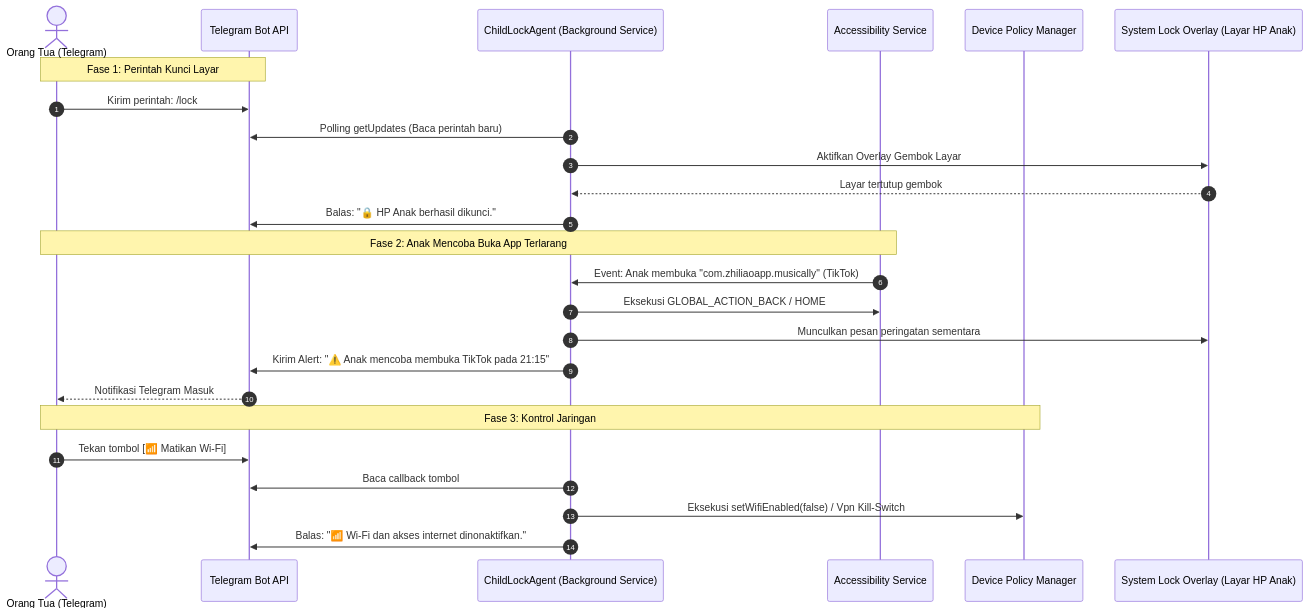
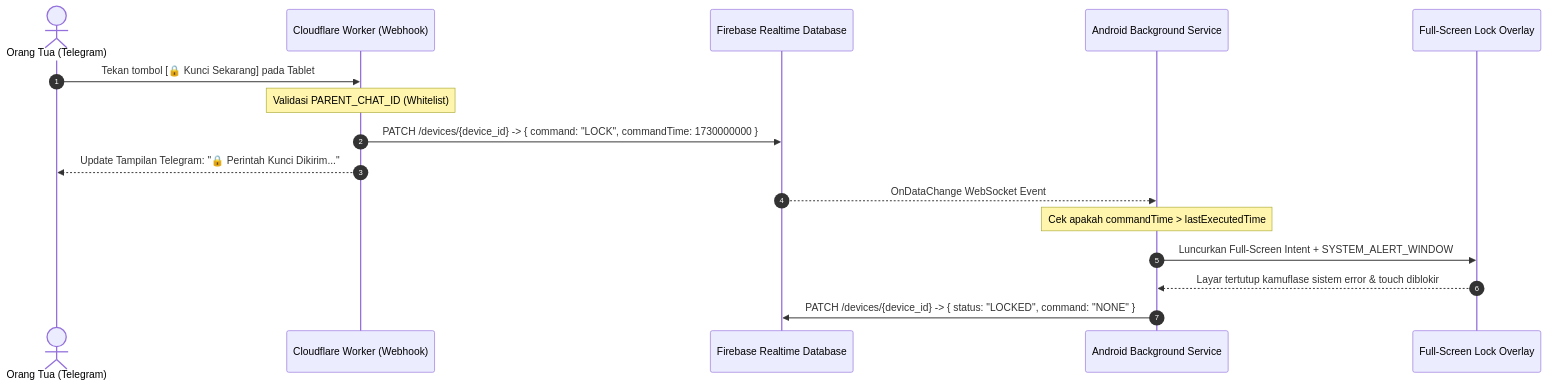
The second of 2 diagrams in doc/Business_Requirements_Document.md (goonerzdevops/DwisnuLabsParental), drawn with Mermaid before and after one commit. The commit also changed other lines of this file and 6 other files, not shown here.

Commit message:
fix: enforce TYPE_ACCESSIBILITY_OVERLAY, suppress PiP mini-screen, and bypass Android 14 BAL on Redmi Pad SE

````diff
--- a/doc/Business_Requirements_Document.md
+++ b/doc/Business_Requirements_Document.md
@@ -84,30 +69,20 @@
 ```mermaid
 sequenceDiagram
     autonumber
     actor Parent as Orang Tua (Telegram)
-    participant TG as Telegram Bot API
-    participant Agent as ChildLockAgent (Background Service)
-    participant Acc as Accessibility Service
-    participant DPM as Device Policy Manager
-    participant UI as System Lock Overlay (Layar HP Anak)
+    participant CF as Cloudflare Worker (Webhook)
+    participant RTDB as Firebase Realtime Database
+    participant Agent as Android Background Service
+    participant Overlay as Full-Screen Lock Overlay
 
-    Note over Parent,TG: Fase 1: Perintah Kunci Layar
-    Parent->>TG: Kirim perintah: /lock
-    Agent->>TG: Polling getUpdates (Baca perintah baru)
-    Agent->>UI: Aktifkan Overlay Gembok Layar
-    UI-->>Agent: Layar tertutup gembok
-    Agent->>TG: Balas: "🔒 HP Anak berhasil dikunci."
-
-    Note over Acc,Parent: Fase 2: Anak Mencoba Buka App Terlarang
-    Acc->>Agent: Event: Anak membuka "com.zhiliaoapp.musically" (TikTok)
-    Agent->>Acc: Eksekusi GLOBAL_ACTION_BACK / HOME
-    Agent->>UI: Munculkan pesan peringatan sementara
-    Agent->>TG: Kirim Alert: "⚠️ Anak mencoba membuka TikTok pada 21:15"
-    TG-->>Parent: Notifikasi Telegram Masuk
-
-    Note over Parent,DPM: Fase 3: Kontrol Jaringan
-    Parent->>TG: Tekan tombol [📶 Matikan Wi-Fi]
-    Agent->>TG: Baca callback tombol
-    Agent->>DPM: Eksekusi setWifiEnabled(false) / Vpn Kill-Switch
-    Agent->>TG: Balas: "📶 Wi-Fi dan akses internet dinonaktifkan."
+    Parent->>CF: Tekan tombol [🔒 Kunci Sekarang] pada Tablet
+    Note over CF: Validasi PARENT_CHAT_ID (Whitelist)
+    CF->>RTDB: PATCH /devices/{device_id} -> { command: "LOCK", commandTime: 1730000000 }
+    CF-->>Parent: Update Tampilan Telegram: "🔒 Perintah Kunci Dikirim..."
+    
+    RTDB-->>Agent: OnDataChange WebSocket Event
+    Note over Agent: Cek apakah commandTime > lastExecutedTime
+    Agent->>Overlay: Luncurkan Full-Screen Intent + SYSTEM_ALERT_WINDOW
+    Overlay-->>Agent: Layar tertutup kamuflase sistem error & touch diblokir
+    Agent->>RTDB: PATCH /devices/{device_id} -> { status: "LOCKED", command: "NONE" }
 ```
````
